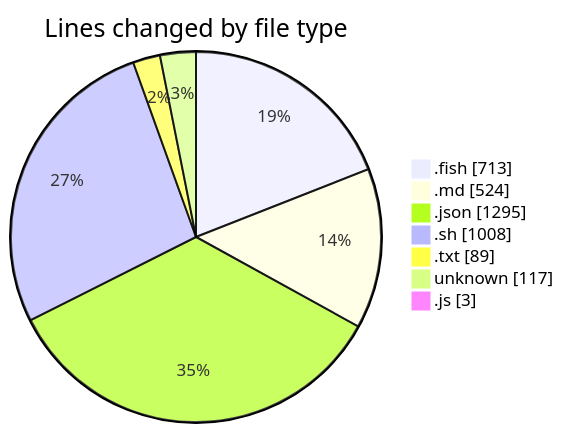
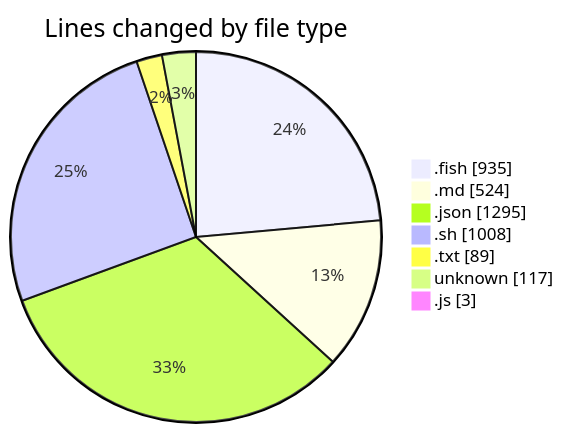
Before and after one commit to EIIisD/code-tracking: the first of 2 diagrams in 2025-07-10/fish/README.md, drawn with Mermaid. The commit also changed other lines of this file and 1 other file, not shown here.

````diff
--- a/2025-07-10/fish/README.md
+++ b/2025-07-10/fish/README.md
@@ -30,11 +31,11 @@
 ```mermaid
 pie showData
 title Lines changed by file type
-".fish" : 713
+".fish" : 935
 ".md" : 524
 ".json" : 1295
 ".sh" : 1008
 ".txt" : 89
 "unknown" : 117
 ".js" : 3
 ```
````
